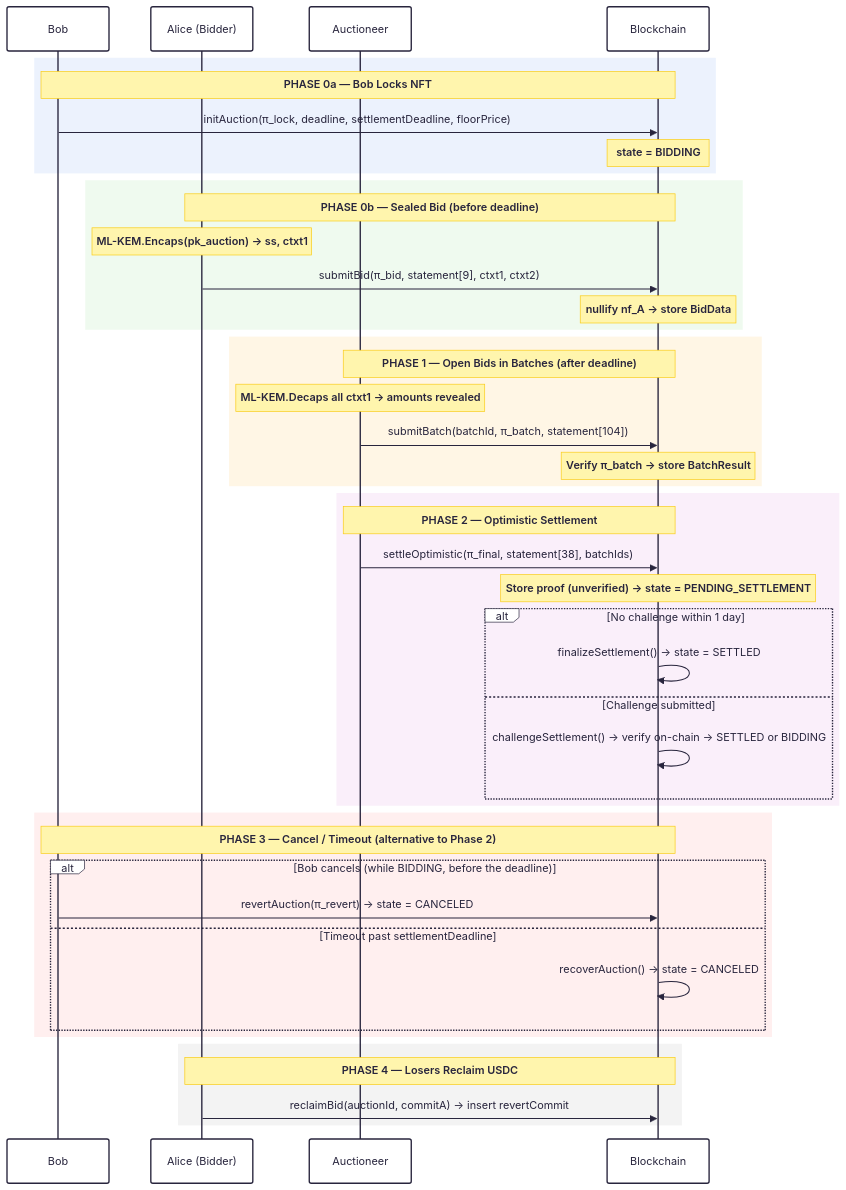
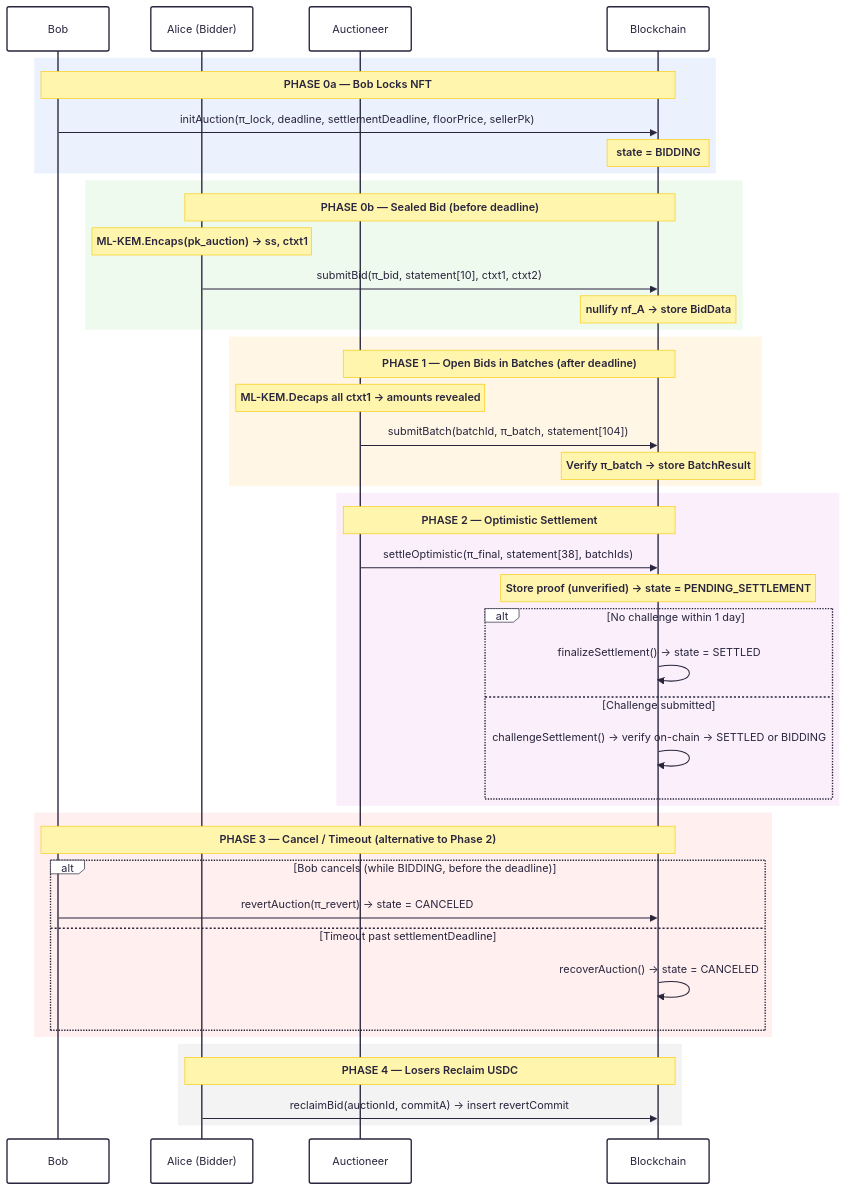
One commit to raylsnetwork/Enygma changed the tenth of 10 diagrams in enygma_dvp_auctions/docs/protocol_description.md. Above: the diagram before and after it, drawn with Mermaid. The commit also changed other lines of this file and 22 other files, not shown here.

First line of the commit message:
Take the auction's seller payout key on-chain and build bids' commitB from it

````diff
--- a/enygma_dvp_auctions/docs/protocol_description.md
+++ b/enygma_dvp_auctions/docs/protocol_description.md
@@ -640,58 +640,58 @@
 ```mermaid
 ---
 config:
   theme: redux
   look: handDrawn
 ---
 sequenceDiagram
     participant Bob
     participant Alice as Alice (Bidder)
     participant Auctioneer
     participant Chain as Blockchain
 
     rect rgba(100,149,237,0.12)
         note over Bob,Chain: PHASE 0a — Bob Locks NFT
-        Bob->>Chain: initAuction(π_lock, deadline, settlementDeadline, floorPrice)
+        Bob->>Chain: initAuction(π_lock, deadline, settlementDeadline, floorPrice, sellerPk)
         note over Chain: state = BIDDING
     end
 
     rect rgba(100,200,100,0.10)
         note over Alice,Chain: PHASE 0b — Sealed Bid (before deadline)
         note over Alice: ML-KEM.Encaps(pk_auction) → ss, ctxt1
-        Alice->>Chain: submitBid(π_bid, statement[9], ctxt1, ctxt2)
+        Alice->>Chain: submitBid(π_bid, statement[10], ctxt1, ctxt2)
         note over Chain: nullify nf_A → store BidData
     end
 
     rect rgba(255,165,0,0.10)
         note over Auctioneer,Chain: PHASE 1 — Open Bids in Batches (after deadline)
         note over Auctioneer: ML-KEM.Decaps all ctxt1 → amounts revealed
         Auctioneer->>Chain: submitBatch(batchId, π_batch, statement[104])
         note over Chain: Verify π_batch → store BatchResult
     end
 
     rect rgba(200,100,200,0.10)
         note over Auctioneer,Chain: PHASE 2 — Optimistic Settlement
         Auctioneer->>Chain: settleOptimistic(π_final, statement[38], batchIds)
         note over Chain: Store proof (unverified) → state = PENDING_SETTLEMENT
 
         alt No challenge within 1 day
             Chain->>Chain: finalizeSettlement() → state = SETTLED
         else Challenge submitted
             Chain->>Chain: challengeSettlement() → verify on-chain → SETTLED or BIDDING
         end
     end
 
     rect rgba(255,50,50,0.08)
         note over Bob,Chain: PHASE 3 — Cancel / Timeout (alternative to Phase 2)
         alt Bob cancels (while BIDDING, before the deadline)
             Bob->>Chain: revertAuction(π_revert) → state = CANCELED
         else Timeout past settlementDeadline
             Chain->>Chain: recoverAuction() → state = CANCELED
         end
     end
 
     rect rgba(100,100,100,0.08)
         note over Alice,Chain: PHASE 4 — Losers Reclaim USDC
         Alice->>Chain: reclaimBid(auctionId, commitA) → insert revertCommit
     end
 ```
````
